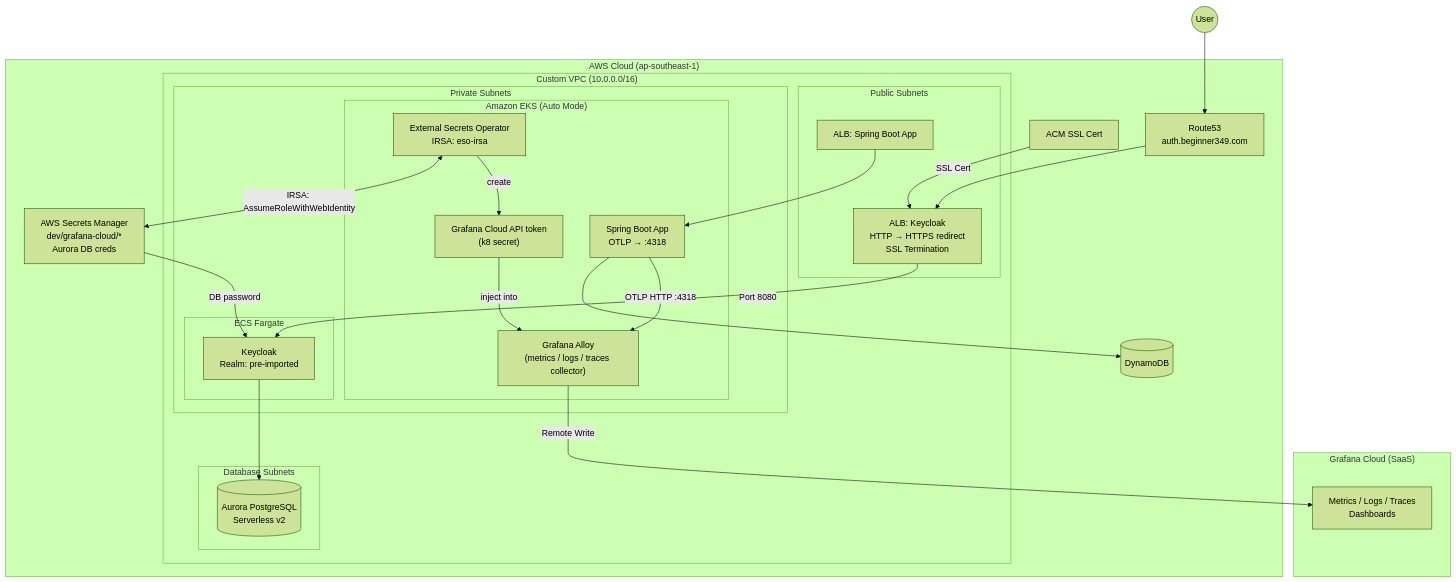
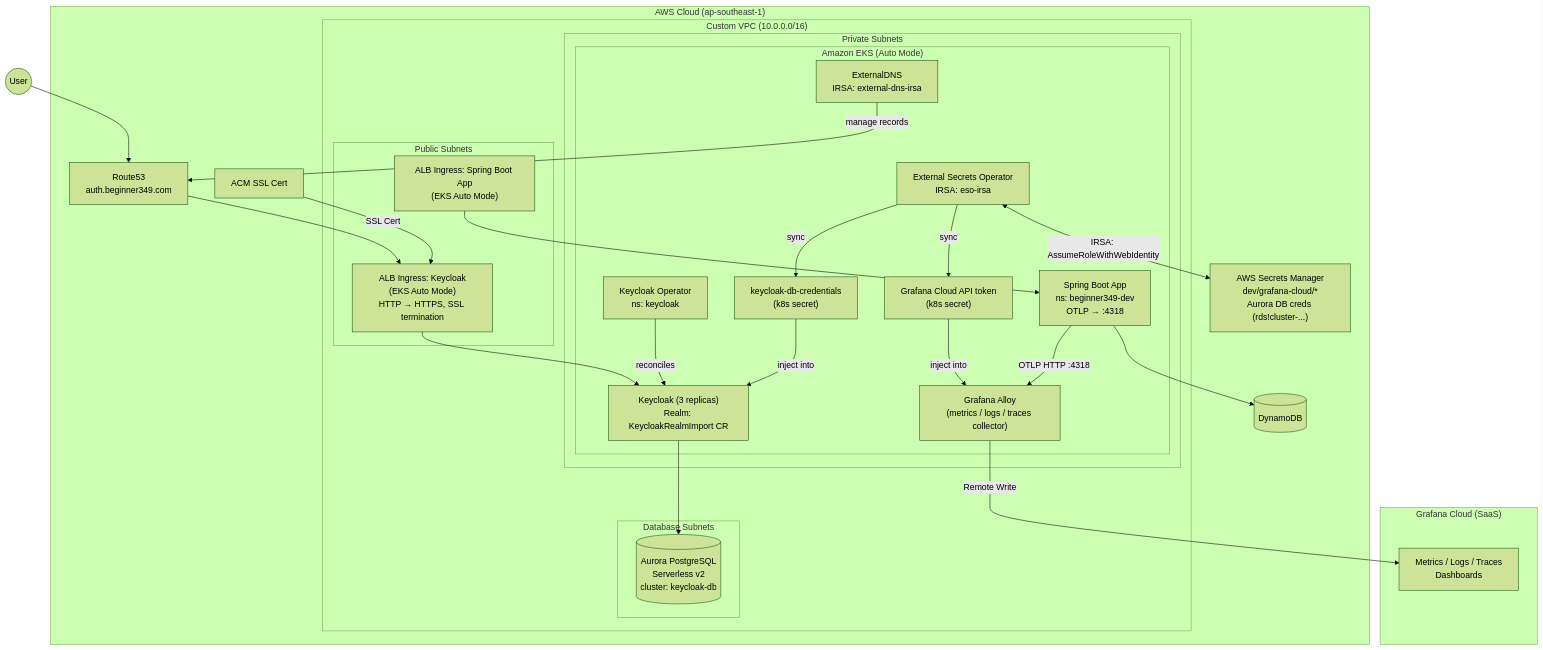
Before and after one commit to beginner349/platform-infra: the second of 2 diagrams in README.md, drawn with Mermaid (forest theme). The commit also changed other lines of this file, not shown here.

````diff
--- a/README.md
+++ b/README.md
@@ -65,59 +65,65 @@
 ```mermaid
 flowchart TD
   subgraph Grafana_Cloud ["Grafana Cloud (SaaS)"]
     grafana["Metrics / Logs / Traces\nDashboards"]
   end
 
   subgraph AWS_Cloud ["AWS Cloud (ap-southeast-1)"]
-    secrets_mgr["AWS Secrets Manager\ndev/grafana-cloud/*\nAurora DB creds"]
-    dynamodb[("DynamoDB")]      
+    secrets_mgr["AWS Secrets Manager\ndev/grafana-cloud/*\nAurora DB creds (rds!cluster-...)"]
+    dynamodb[("DynamoDB")]
     route53["Route53\nauth.beginner349.com"]
     acm["ACM SSL Cert"]
 
     subgraph VPC ["Custom VPC (10.0.0.0/16)"]
       subgraph Public ["Public Subnets"]
-        alb_kc["ALB: Keycloak\nHTTP → HTTPS redirect\nSSL Termination"]
-        alb_app["ALB: Spring Boot App"]
+        alb_kc["ALB Ingress: Keycloak\n(EKS Auto Mode)\nHTTP → HTTPS, SSL termination"]
+        alb_app["ALB Ingress: Spring Boot App\n(EKS Auto Mode)"]
       end
 
       subgraph Private ["Private Subnets"]
         subgraph EKS ["Amazon EKS (Auto Mode)"]
-          spring_boot["Spring Boot App\nOTLP → :4318"]
+          spring_boot["Spring Boot App\nns: beginner349-dev\nOTLP → :4318"]
+          kc_operator["Keycloak Operator\nns: keycloak"]
+          keycloak["Keycloak (3 replicas)\nRealm: KeycloakRealmImport CR"]
           eso["External Secrets Operator\nIRSA: eso-irsa"]
+          extdns["ExternalDNS\nIRSA: external-dns-irsa"]
           alloy["Grafana Alloy\n(metrics / logs / traces collector)"]
-          alloy_grafana_credentials["Grafana Cloud API token\n(k8 secret)"]
-        end
-
-        subgraph ECS ["ECS Fargate"]
-          keycloak["Keycloak\nRealm: pre-imported"]
+          kc_db_secret["keycloak-db-credentials\n(k8s secret)"]
+          alloy_grafana_credentials["Grafana Cloud API token\n(k8s secret)"]
         end
       end
 
       subgraph DB ["Database Subnets"]
-        aurora[("Aurora PostgreSQL\nServerless v2")]
+        aurora[("Aurora PostgreSQL\nServerless v2\ncluster: keycloak-db")]
       end
     end
   end
-  
+
   %% User traffic
   User((User)) --> route53
   route53 --> alb_kc
   acm -- "SSL Cert" --> alb_kc
-  alb_kc -- "Port 8080" --> keycloak
+  alb_kc --> keycloak
   alb_app --> spring_boot
+
+  %% DNS automation
+  extdns -- "manage records" --> route53
+
+  %% Keycloak lifecycle
+  kc_operator -- "reconciles" --> keycloak
 
   %% Data persistence
   keycloak --> aurora
   spring_boot --> dynamodb
-  secrets_mgr -- "DB password" --> keycloak
 
   %% Secrets flow (ESO)
   eso -- "IRSA: AssumeRoleWithWebIdentity" <--> secrets_mgr
-  eso -- "create" --> alloy_grafana_credentials
+  eso -- "sync" --> kc_db_secret
+  eso -- "sync" --> alloy_grafana_credentials
+  kc_db_secret -- "inject into" --> keycloak
   alloy_grafana_credentials -- "inject into" --> alloy
 
   %% Observability pipeline
   spring_boot -- "OTLP HTTP :4318" --> alloy
   alloy -- "Remote Write" --> grafana
-
 ```
````
